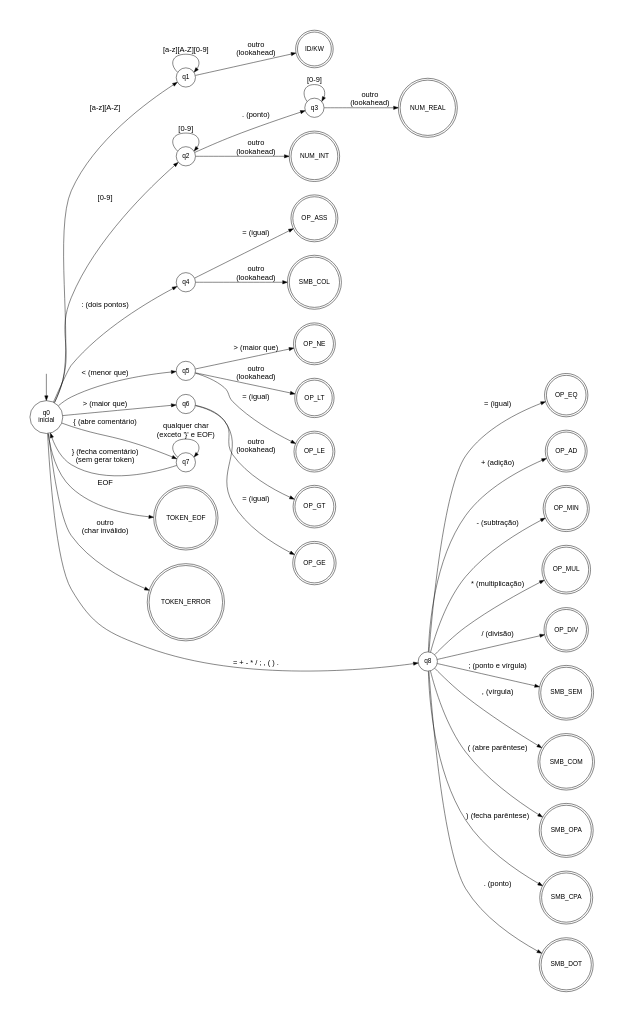
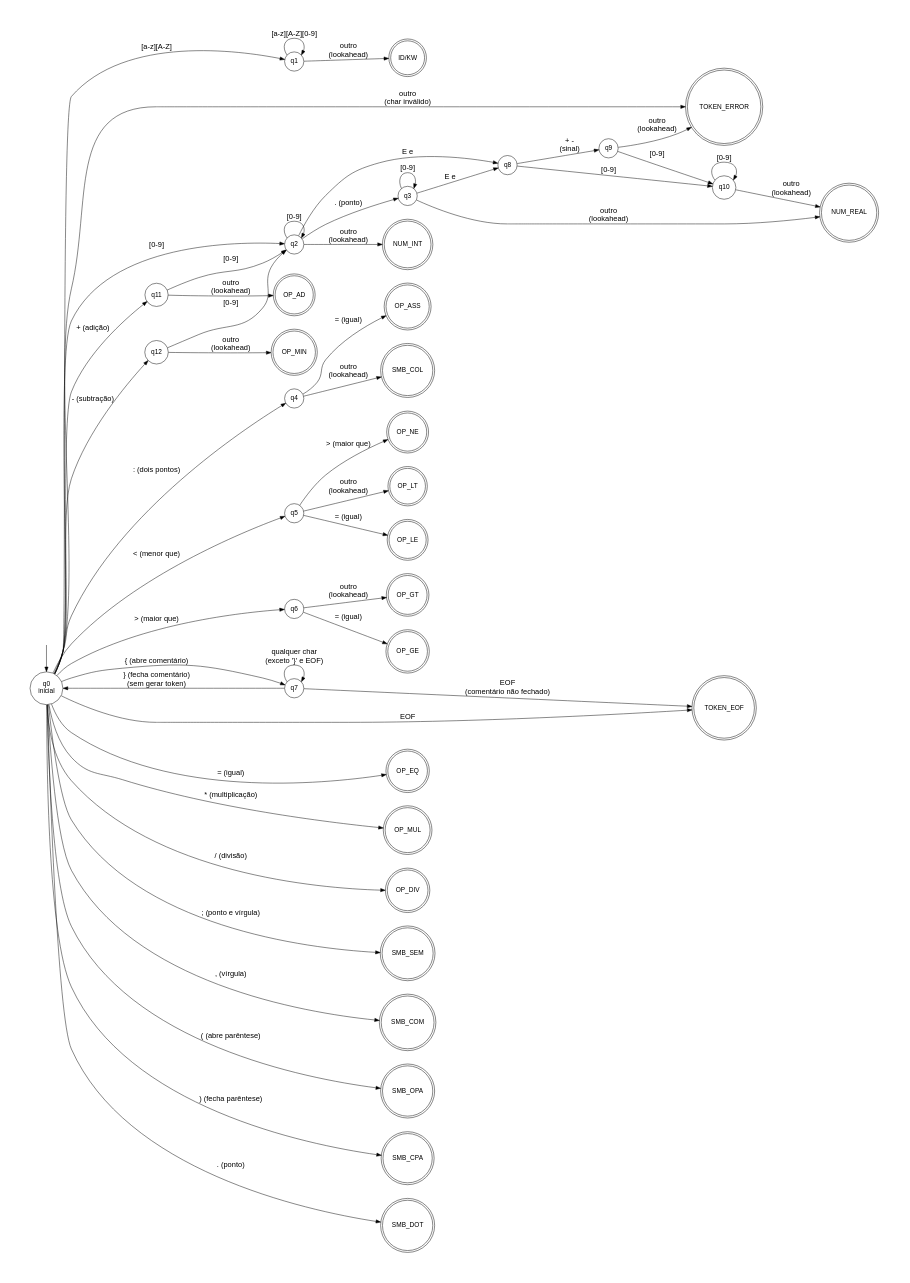
One commit to miguelhenriquecbl/LINGUAGENS-FORMAIS-AUT-MATOS-E-COMPILADORES changed the diagram in Trabalho/analisador-lexico/AFD.dot. Above: the diagram before and after it, drawn with Graphviz. The commit also changed 1 other file, not shown here.

```diff
--- a/Trabalho/analisador-lexico/AFD.dot
+++ b/Trabalho/analisador-lexico/AFD.dot
@@ -1,113 +1,132 @@
 digraph AFD {
     rankdir=LR;
     nodesep=0.4;
     pad=0.8;
     node [shape=circle, fontname="Arial"];
     edge [fontname="Arial", fontsize=16];
 
     /* estado invisível pra seta de entrada */
     inicio [shape=none, label=""];
 
     { rank=same; inicio; q0}
 
     { rank=same; q1; q2; q4; q5; q6; q7; }
 
     { rank=same; qTOKEN_EOF; qTOKEN_ERROR; }
 
     /* Estado Inicial */
     q0 [label="q0\ninicial"];
 
     /* estados intermediários */
     q1 [label="q1"];
     q2 [label="q2"];
     q3 [label="q3"];
     q4 [label="q4"];
     q5 [label="q5"];
     q6 [label="q6"];
     q7 [label="q7"];
     q8 [label="q8"];
+    q9 [label="q9"];
+    q10 [label="q10"];
+    q11 [label="q11"];
+    q12 [label="q12"];
 
     /* estados finais — círculo duplo */
     node [shape=doublecircle];
 
     /* Palavras reservadas, Identificador e Tipos Números  */
     qID_KW [label="ID/KW"];
     qNUM_INT [label="NUM_INT"];
     qNUM_REAL [label="NUM_REAL"];
 
     /* Operadores relacionais */
     qOP_EQ [label="OP_EQ"]; /* = */
     qOP_NE [label="OP_NE"]; /* <> */
     qOP_LT [label="OP_LT"]; /* < */
     qOP_LE [label="OP_LE"]; /* <= */
     qOP_GT [label="OP_GT"]; /* > */
     qOP_GE [label="OP_GE"]; /* >= */
 
     /* Operadores aritméticos */
     qOP_AD [label="OP_AD"]; /* + */
     qOP_MIN [label="OP_MIN"]; /* - */
     qOP_MUL [label="OP_MUL"]; /* * */
     qOP_DIV [label="OP_DIV"]; /* / */
     qOP_ASS [label="OP_ASS"]; /* := */
 
     /* Símbolos */
     qSMB_SEM [label="SMB_SEM"]; /* ; */
     qSMB_COM [label="SMB_COM"]; /* , */
     qSMB_OPA [label="SMB_OPA"]; /* ( */
     qSMB_CPA [label="SMB_CPA"]; /* ) */
     qSMB_COL [label="SMB_COL"]; /* : */
     qSMB_DOT [label="SMB_DOT"]; /* . */
 
     /* Especiais */
     qTOKEN_EOF [shape=doublecircle label="TOKEN_EOF"]; /* Fim do arquivo */
     qTOKEN_ERROR [shape=doublecircle label="TOKEN_ERROR"]; /* Erro léxico */
 
     /* seta de entrada */
     inicio -> q0;
 
     /* q0 -> estados intermediários */
     q0 -> qTOKEN_ERROR [label="outro\n(char inválido)"];
     q0 -> qTOKEN_EOF [label="EOF"];
 
     q0 -> q1 [label="[a-z][A-Z]"];
     q1 -> q1 [label="[a-z][A-Z][0-9]"];
     q1 -> qID_KW [label="outro\n(lookahead)"];
 
     q0 -> q2 [label="[0-9]"];
     q2 -> q2 [label="[0-9]"];
+    q2 -> q8 [label="E e"];
     q2 -> qNUM_INT [label="outro\n(lookahead)"];
 
     q2 -> q3 [label=". (ponto)"]; /* ponto depois de número */
     q3 -> q3 [label="[0-9]"];
+    q3 -> q8 [label="E e"];
     q3 -> qNUM_REAL [label="outro\n(lookahead)"];
 
     q0 -> q4 [label=": (dois pontos)"]; 
     q4 -> qOP_ASS [label="= (igual)"]; 
     q4 -> qSMB_COL [label="outro\n(lookahead)"]; 
 
     q0 -> q5 [label="< (menor que)"]; 
     q5 -> qOP_NE [label="> (maior que)"]; 
     q5 -> qOP_LE [label="= (igual)"]; 
     q5 -> qOP_LT [label="outro\n(lookahead)"]; 
 
     q0 -> q6 [label="> (maior que)"]; 
     q6 -> qOP_GE [label="= (igual)"]; 
     q6 -> qOP_GT [label="outro\n(lookahead)"]; 
 
     q0 -> q7 [label="{ (abre comentário)"]; 
     q7 -> q7 [label="qualquer char\n(exceto '}' e EOF)"];
     q7 -> q0 [label="} (fecha comentário)\n(sem gerar token)"];
+    q7 -> qTOKEN_EOF [label="EOF\n(comentário não fechado)"];
 
-    q0 -> q8 [label="= + - * / ; , ( ) .", minlen=3]; 
-    q8 -> qOP_EQ [label="= (igual)"]; 
-    q8 -> qOP_AD [label="+ (adição)"]; 
-    q8 -> qOP_MIN [label="- (subtração)"]; 
-    q8 -> qOP_MUL [label="* (multiplicação)"]; 
-    q8 -> qOP_DIV [label="/ (divisão)"]; 
+    q0 -> qOP_EQ [label="= (igual)", minlen=3]; 
+    q0 -> qOP_MUL [label="* (multiplicação)", minlen=3]; 
+    q0 -> qOP_DIV [label="/ (divisão)", minlen=3]; 
 
-    q8 -> qSMB_SEM [label="; (ponto e vírgula)"]; 
-    q8 -> qSMB_COM [label=", (vírgula)"]; 
-    q8 -> qSMB_OPA [label="( (abre parêntese)"]; 
-    q8 -> qSMB_CPA [label=") (fecha parêntese)"]; 
-    q8 -> qSMB_DOT [label=". (ponto)"]; /* ponto sozinho */
+    q0 -> qSMB_SEM [label="; (ponto e vírgula)", minlen=3]; 
+    q0 -> qSMB_COM [label=", (vírgula)", minlen=3]; 
+    q0 -> qSMB_OPA [label="( (abre parêntese)", minlen=3]; 
+    q0 -> qSMB_CPA [label=") (fecha parêntese)", minlen=3]; 
+    q0 -> qSMB_DOT [label=". (ponto)", minlen=3]; /* ponto sozinho */
+
+    q0 -> q11 [label="+ (adição)"]; 
+    q11 -> q2 [label="[0-9]"]; 
+    q11 -> qOP_AD [label="outro\n(lookahead)"]; 
+
+    q0 -> q12 [label="- (subtração)"]; 
+    q12 -> q2 [label="[0-9]"]
+    q12 -> qOP_MIN [label="outro\n(lookahead)"]; 
+
+    q8 -> q9 [label="+ -\n(sinal)"]
+    q8 -> q10 [label="[0-9]"]
+    q9 -> q10 [label="[0-9]"]
+    q10 -> q10 [label="[0-9]"]
+    q9 -> qTOKEN_ERROR [label="outro\n(lookahead)"]; 
+    q10 -> qNUM_REAL [label="outro\n(lookahead)"]; 
 }
```
